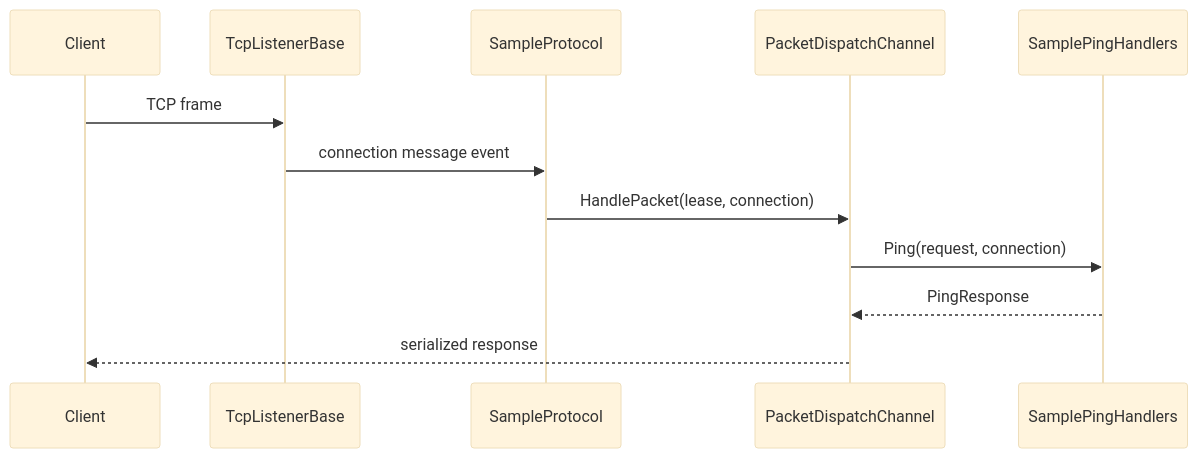
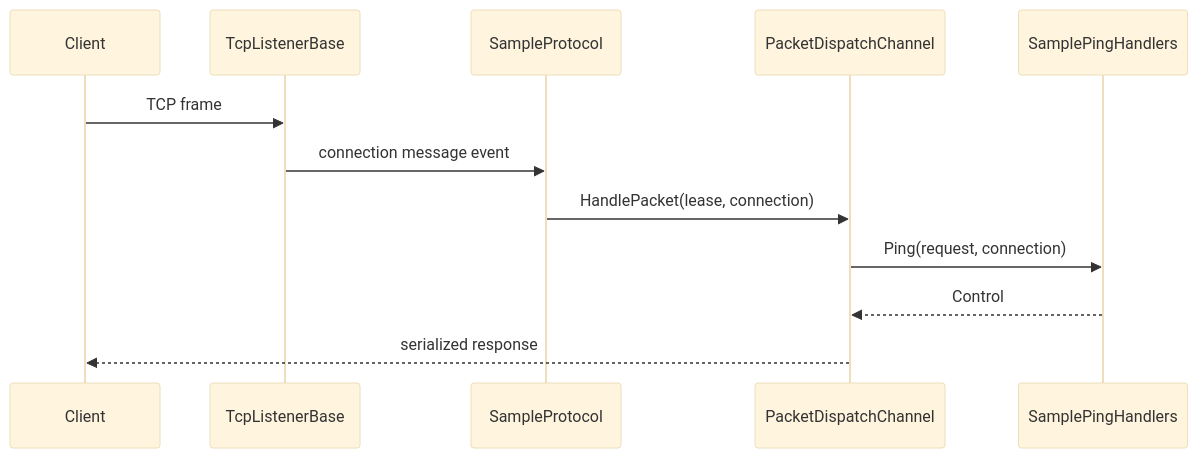
Before and after one commit to ppn-systems/nalix-docs: the diagram in docs/guides/end-to-end.md, drawn with Mermaid (base theme). The commit also changed other lines of this file and 30 other files, not shown here.

````diff
--- a/docs/guides/end-to-end.md
+++ b/docs/guides/end-to-end.md
@@ -99,15 +92,15 @@
 ```mermaid
 sequenceDiagram
     participant Client
     participant Listener as TcpListenerBase
     participant Protocol as SampleProtocol
     participant Dispatch as PacketDispatchChannel
     participant Handler as SamplePingHandlers
 
     Client->>Listener: TCP frame
     Listener->>Protocol: connection message event
     Protocol->>Dispatch: HandlePacket(lease, connection)
     Dispatch->>Handler: Ping(request, connection)
-    Handler-->>Dispatch: PingResponse
+    Handler-->>Dispatch: Control
     Dispatch-->>Client: serialized response
 ```
````
